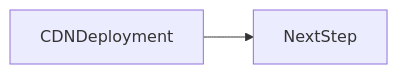
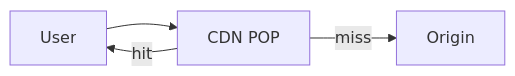
One commit to OmidJavaherii/Frontend-Engineering-Handbook changed the second of 2 diagrams in docs/en/19-deployment/cdn-deployment/index.md. Above: the diagram before and after it, drawn with Mermaid. The commit also changed other lines of this file and 461 other files, not shown here.

````diff
--- a/docs/en/19-deployment/cdn-deployment/index.md
+++ b/docs/en/19-deployment/cdn-deployment/index.md
@@ -95,4 +108,6 @@
 ```mermaid
 flowchart LR
-  concept[CDNDeployment] --> nextStep[NextStep]
+  User --> POP[CDN POP]
+  POP -->|miss| Origin
+  POP -->|hit| User
 ```
````
